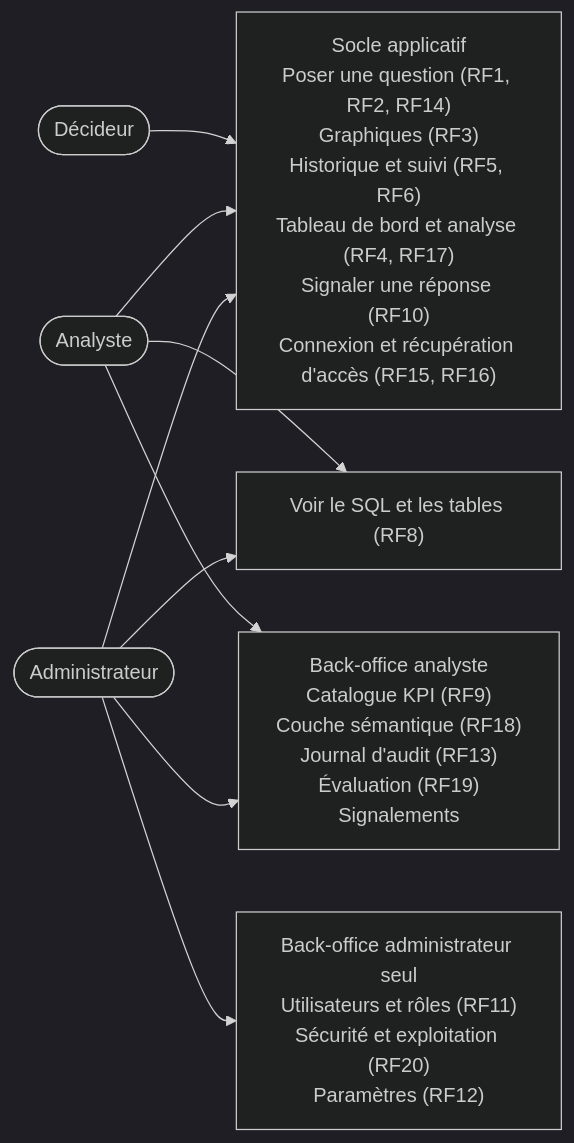
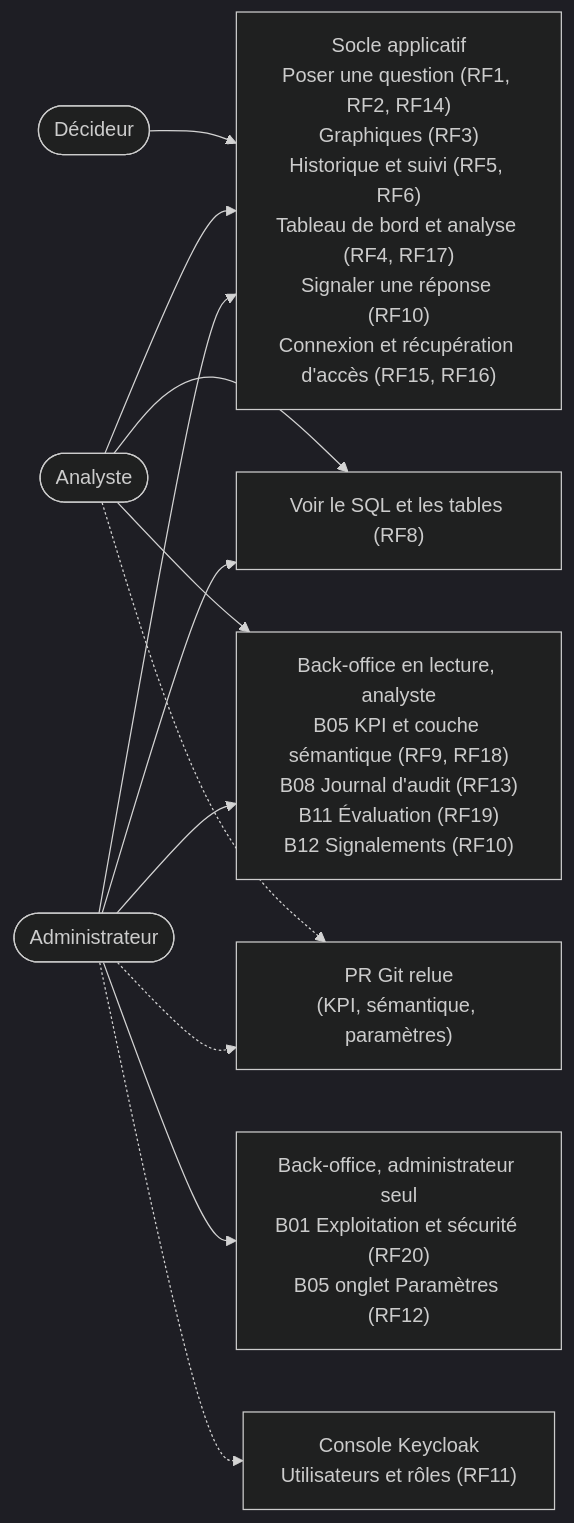
Before and after one commit to justefrank/decision-agent-IA: the diagram in docs/diagrams/02-acteurs-droits.mmd, drawn with Mermaid (dark theme). The commit also changed 47 other files, not shown here.

First line of the commit message:
docs: passage en v5 (MVP, query_metric, citation par référence, évaluation sur le test seul, intégration Claude) et diagrammes re-rendus

```diff
--- a/docs/diagrams/02-acteurs-droits.mmd
+++ b/docs/diagrams/02-acteurs-droits.mmd
@@ -1,13 +1,18 @@
 flowchart LR
   D(["Décideur"]) --> BASE
   A(["Analyste"]) --> BASE
   A --> SQLV
   A --> BOR
   M(["Administrateur"]) --> BASE
   M --> SQLV
   M --> BOR
   M --> BOA
+  M -.-> KCC
   BASE["Socle applicatif<br/>Poser une question (RF1, RF2, RF14)<br/>Graphiques (RF3)<br/>Historique et suivi (RF5, RF6)<br/>Tableau de bord et analyse (RF4, RF17)<br/>Signaler une réponse (RF10)<br/>Connexion et récupération d'accès (RF15, RF16)"]
   SQLV["Voir le SQL et les tables (RF8)"]
-  BOR["Back-office analyste<br/>Catalogue KPI (RF9)<br/>Couche sémantique (RF18)<br/>Journal d'audit (RF13)<br/>Évaluation (RF19)<br/>Signalements"]
-  BOA["Back-office administrateur seul<br/>Utilisateurs et rôles (RF11)<br/>Sécurité et exploitation (RF20)<br/>Paramètres (RF12)"]
+  BOR["Back-office en lecture, analyste<br/>B05 KPI et couche sémantique (RF9, RF18)<br/>B08 Journal d'audit (RF13)<br/>B11 Évaluation (RF19)<br/>B12 Signalements (RF10)"]
+  BOA["Back-office, administrateur seul<br/>B01 Exploitation et sécurité (RF20)<br/>B05 onglet Paramètres (RF12)"]
+  KCC["Console Keycloak<br/>Utilisateurs et rôles (RF11)"]
+  PR["PR Git relue<br/>(KPI, sémantique, paramètres)"]
+  A -.-> PR
+  M -.-> PR
```
